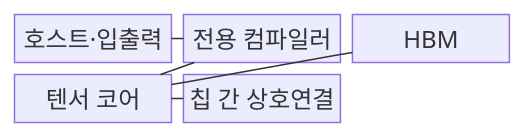
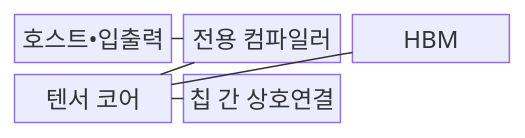
One commit to agnusdei1207/knowledge-base changed the first of 2 diagrams in src/content/docs/notes/08-latest-tech/142_tpu.md. Above: the diagram before and after it, drawn with Mermaid. The commit also changed other lines of this file and 953 other files, not shown here.

````diff
--- a/src/content/docs/notes/08-latest-tech/142_tpu.md
+++ b/src/content/docs/notes/08-latest-tech/142_tpu.md
@@ -70,13 +70,13 @@
 ```mermaid
 block-beta
   columns 3
-  A["호스트·입출력"]
+  A["호스트•입출력"]
   B["전용 컴파일러"]
   C["HBM"]
   D["텐서 코어"]
   E["칩 간 상호연결"]
   A --- B
   B --- D
   C --- D
   D --- E
 ```
````
